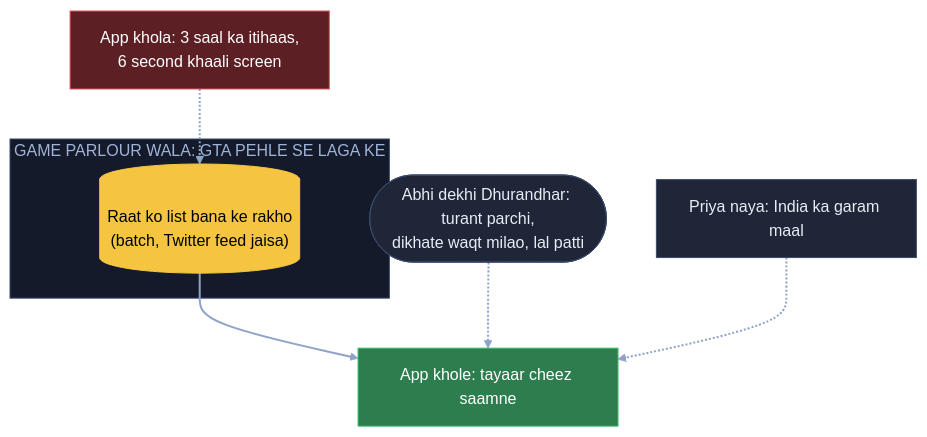
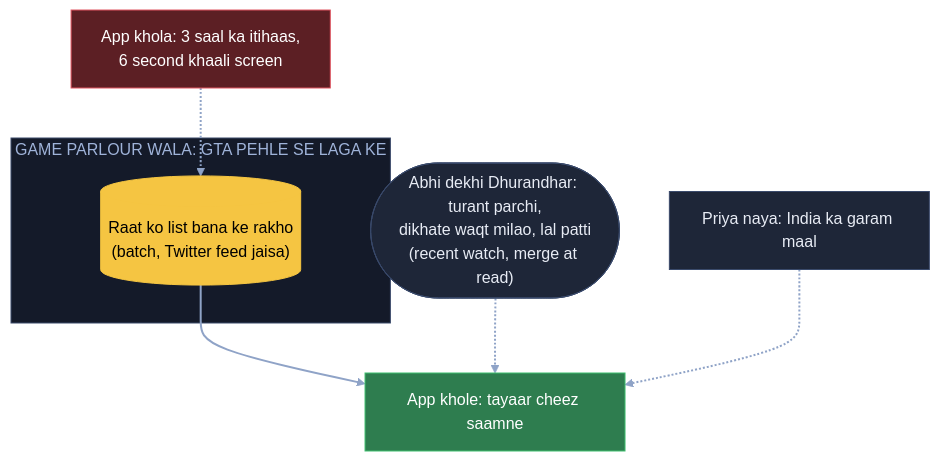
The sixth of 9 diagrams in 04_HLD/SYSTEM_DESIGNS/18_netflix/18_netflix.md (ArpanMaheshwari144/Prep), drawn with Mermaid before and after one commit. The commit also changed other lines of this file and 20 other files, not shown here.

Commit message:
HLD main files: diagram me kahani shabd + bracket me asli naam (21 design, 182 label)

````diff
--- a/04_HLD/SYSTEM_DESIGNS/18_netflix/18_netflix.md
+++ b/04_HLD/SYSTEM_DESIGNS/18_netflix/18_netflix.md
@@ -245,20 +245,20 @@
 ```mermaid
 flowchart TB
     X["App khola: 3 saal ka itihaas,<br/>6 second khaali screen"]:::bad
     subgraph GP["GAME PARLOUR WALA: GTA PEHLE SE LAGA KE"]
         L[("Raat ko list bana ke rakho<br/>(batch, Twitter feed jaisa)")]:::pill
     end
-    N(["Abhi dekhi Dhurandhar: turant parchi,<br/>dikhate waqt milao, lal patti"]):::card
+    N(["Abhi dekhi Dhurandhar: turant parchi,<br/>dikhate waqt milao, lal patti<br/>(recent watch, merge at read)"]):::card
     Pr["Priya naya: India ka garam maal"]:::card
     R["App khole: tayaar cheez saamne"]:::good
     X -.-> L
     L --> R
     N -.-> R
     Pr -.-> R
     linkStyle default stroke:#8fa3c7,stroke-width:2px
     classDef card fill:#1e2638,stroke:#3a4a6b,color:#e8ecf5
     classDef pill fill:#f5c542,stroke:#f5c542,color:#000
     classDef good fill:#2e7d4f,stroke:#3fbf6f,color:#fff
     classDef bad fill:#5c1f24,stroke:#e05561,color:#fff
     style GP fill:#141a29,stroke:#3a4a6b,color:#9fb3d9
 ```
````
